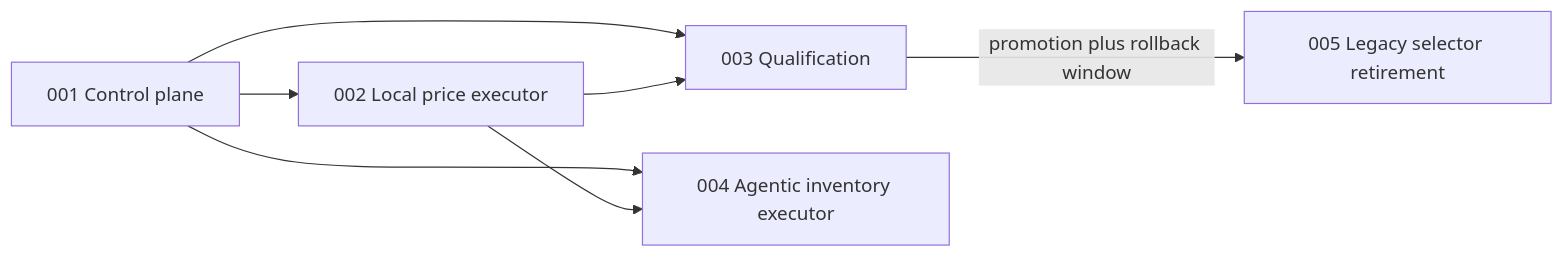
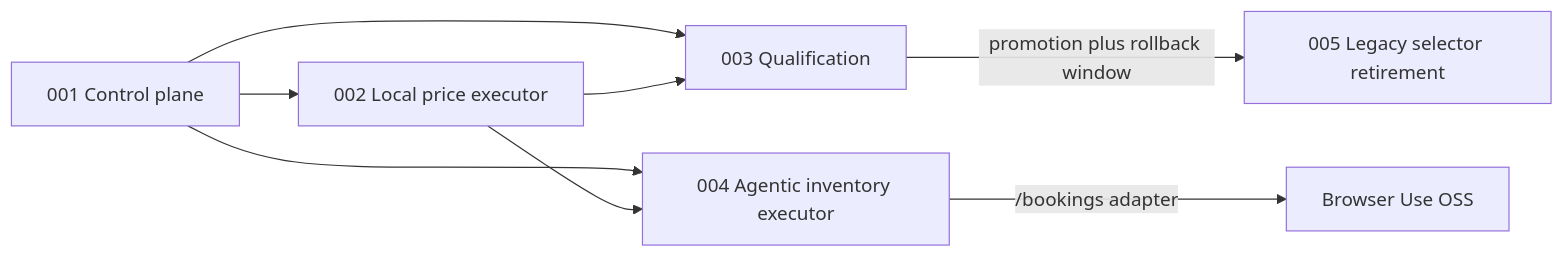
The diagram in memory-bank/intents/023-replaceable-agentic-browser-executor/units.md (romkagribok/booksaver-agent), drawn with Mermaid before and after one commit. The commit also changed other lines of this file and 30 other files, not shown here.

First line of the commit message:
feat(browser): use Browser Use for bookings inventory (#37)

````diff
--- a/memory-bank/intents/023-replaceable-agentic-browser-executor/units.md
+++ b/memory-bank/intents/023-replaceable-agentic-browser-executor/units.md
@@ -63,9 +63,10 @@
 ```mermaid
 flowchart LR
     u1["001 Control plane"] --> u2["002 Local price executor"]
     u1 --> u3["003 Qualification"]
     u2 --> u3
     u1 --> u4["004 Agentic inventory executor"]
     u2 --> u4
+    u4 -->|"/bookings adapter"| u4b["Browser Use OSS"]
     u3 -->|"promotion plus rollback window"| u5["005 Legacy selector retirement"]
 ```
````
